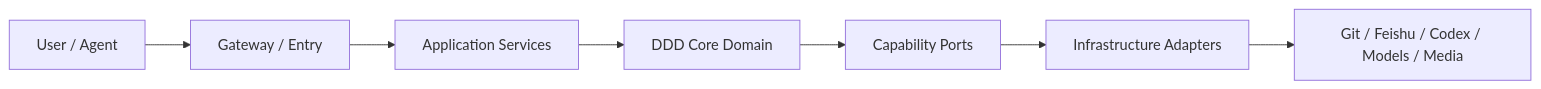
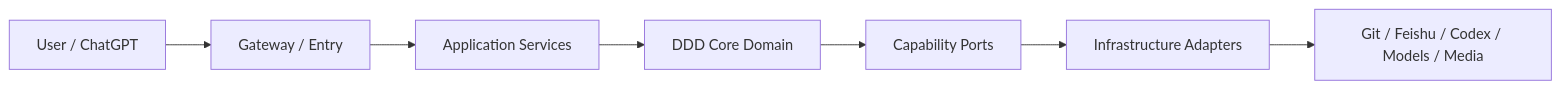
The diagram in README.md (sayhelloproton-eng/ai-agent-platform), drawn with Mermaid before and after one commit. The commit also changed other lines of this file and 141 other files, not shown here.

````diff
--- a/README.md
+++ b/README.md
@@ -23,9 +23,9 @@
 ```mermaid
 flowchart LR
-  U[User / Agent] --> G[Gateway / Entry]
-  G --> A[Application Services]
+  U[User / ChatGPT] --> E[Gateway / Entry]
+  E --> A[Application Services]
   A --> D[DDD Core Domain]
   D --> P[Capability Ports]
   P --> I[Infrastructure Adapters]
   I --> X[Git / Feishu / Codex / Models / Media]
 ```
````
